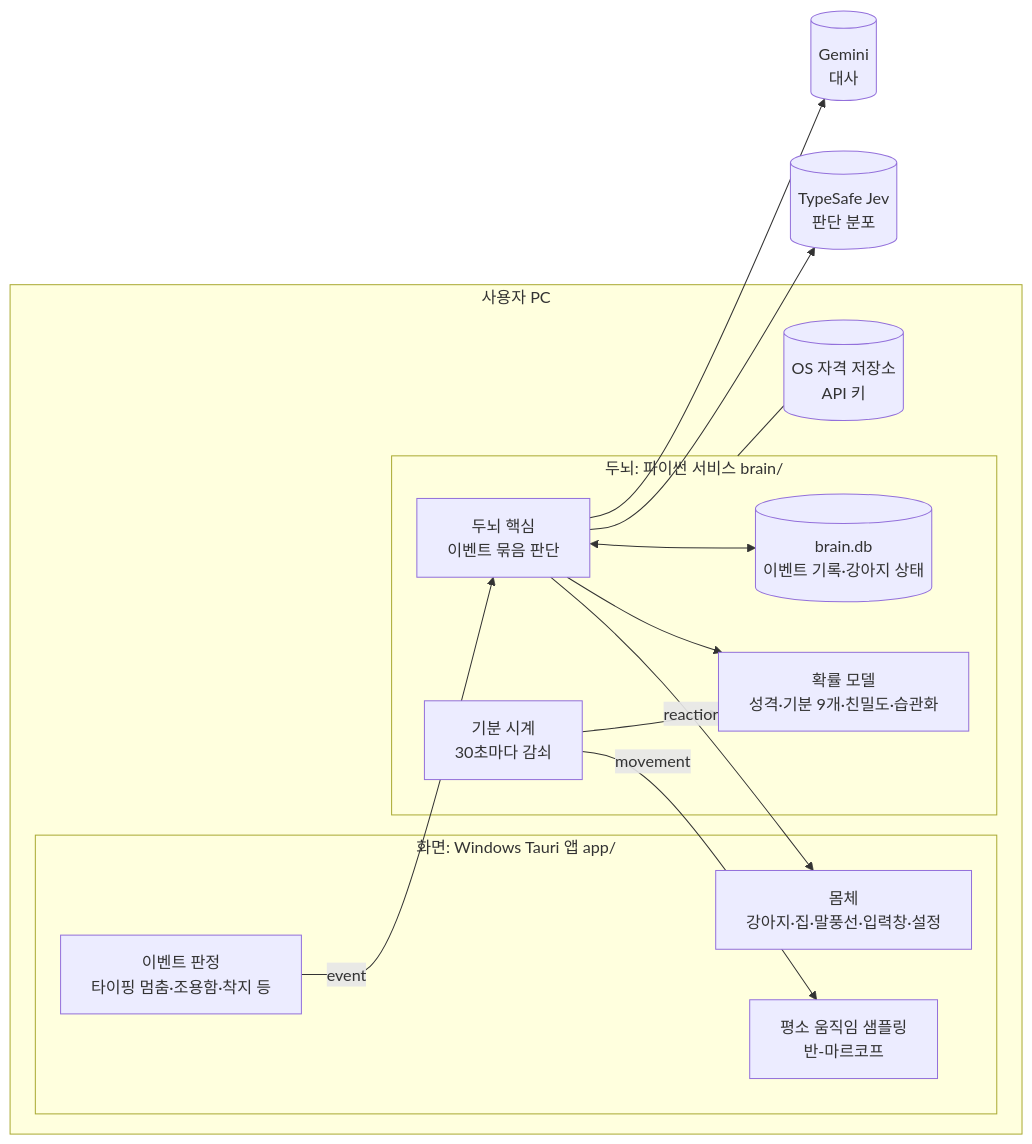
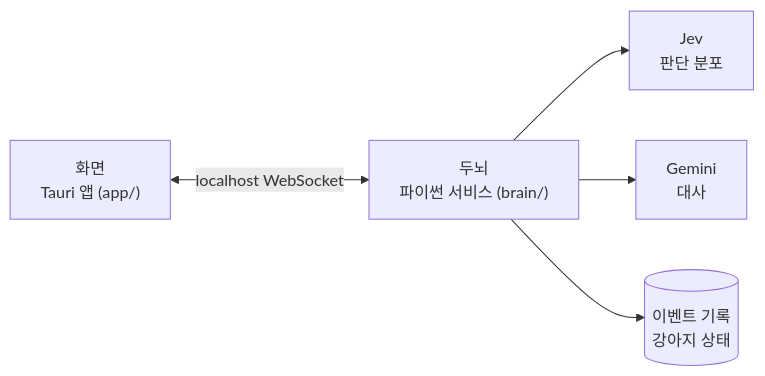
Before and after one commit to HEOSEONGILml/AssistantChatBot: the first of 10 diagrams in ARCHITECTURE.md, drawn with Mermaid. The commit also changed other lines of this file and 14 other files, not shown here.

````diff
--- a/ARCHITECTURE.md
+++ b/ARCHITECTURE.md
@@ -9,29 +13,7 @@
 ```mermaid
 flowchart LR
-  subgraph PC[사용자 PC]
-    subgraph SCR[화면: Windows Tauri 앱 app/]
-      BODY[몸체<br>강아지·집·말풍선·입력창·설정]
-      EVT[이벤트 판정<br>타이핑 멈춤·조용함·착지 등]
-      MOV[평소 움직임 샘플링<br>반-마르코프]
-    end
-    subgraph BR[두뇌: 파이썬 서비스 brain/]
-      CORE[두뇌 핵심<br>이벤트 묶음 판단]
-      MODEL[확률 모델<br>성격·기분 9개·친밀도·습관화]
-      CLK[기분 시계<br>30초마다 감쇠]
-      STORE[(brain.db<br>이벤트 기록·강아지 상태)]
-    end
-    KEYS[(OS 자격 저장소<br>API 키)]
-  end
-  JEV[(TypeSafe Jev<br>판단 분포)]
-  GEM[(Gemini<br>대사)]
-
-  EVT -- event --> CORE
-  CORE -- reaction --> BODY
-  CLK -- movement --> MOV
-  CORE --> MODEL
-  CLK --> MODEL
-  CORE <--> STORE
-  CORE --> JEV
-  CORE --> GEM
-  BR --- KEYS
+  SCR["화면<br>Tauri 앱 (app/)"] <-->|"localhost WebSocket"| BR["두뇌<br>파이썬 서비스 (brain/)"]
+  BR --> JEV["Jev<br>판단 분포"]
+  BR --> GEM["Gemini<br>대사"]
+  BR --> DB[("이벤트 기록<br>강아지 상태")]
 ```
````
